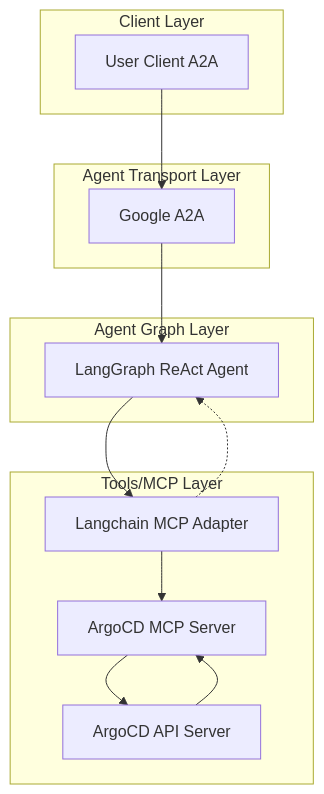
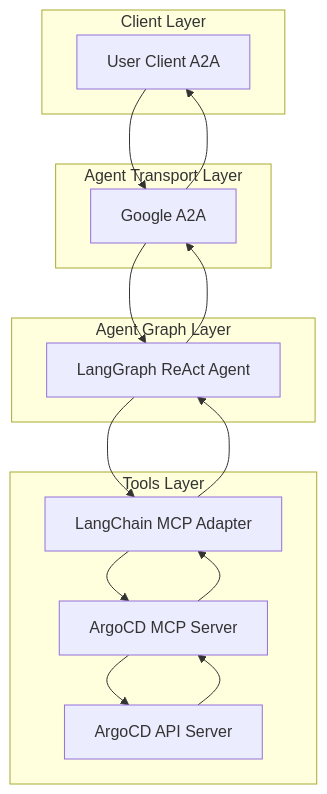
The first of 2 diagrams in README.md (cnoe-io/agent-argocd), drawn with Mermaid before and after one commit. The commit also changed other lines of this file, not shown here.

````diff
--- a/README.md
+++ b/README.md
@@ -97,25 +65,20 @@
 ```mermaid
 flowchart TD
   subgraph Client Layer
     A[User Client A2A]
   end
-
   subgraph Agent Transport Layer
     B[Google A2A]
   end
-
   subgraph Agent Graph Layer
     C[LangGraph ReAct Agent]
   end
-
-  subgraph Tools/MCP Layer
-    D[Langchain MCP Adapter]
+  subgraph Tools Layer
+    D[LangChain MCP Adapter]
     E[ArgoCD MCP Server]
     F[ArgoCD API Server]
   end
 
-  A --> B --> C
-  C --> D
-  D -.-> C
-  D --> E --> F --> E
+  A --> B --> C --> D --> E --> F
+  F --> E --> D --> C --> B --> A
 ```
````
